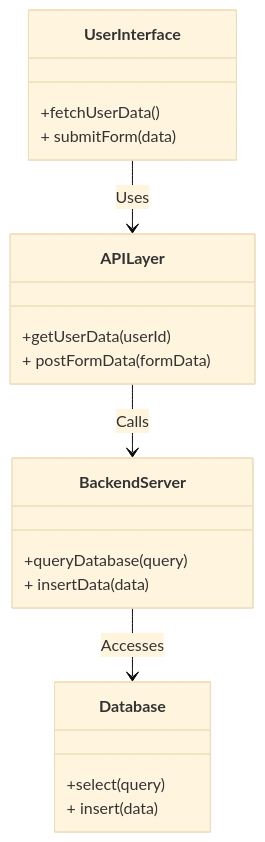
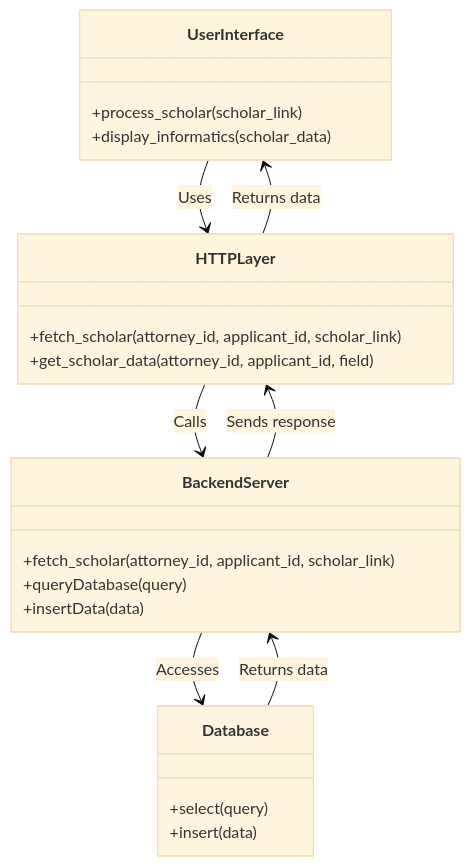
One commit to Orison-AI/orison_ai changed the diagram in api_diagram.md. Above: the diagram before and after it, drawn with Mermaid (base theme).

````diff
--- a/api_diagram.md
+++ b/api_diagram.md
@@ -1,26 +1,30 @@
 ```mermaid
 classDiagram
 class UserInterface {
-        +fetchUserData()
-    + submitForm(data)
+        +process_scholar(scholar_link)
+        +display_informatics(scholar_data)
     }
 
-class APILayer {
-        +getUserData(userId)
-    + postFormData(formData)
+class HTTPLayer {
+        +fetch_scholar(attorney_id, applicant_id, scholar_link)
+        +get_scholar_data(attorney_id, applicant_id, field)
     }
 
 class BackendServer {
+        +fetch_scholar(attorney_id, applicant_id, scholar_link)
         +queryDatabase(query)
-    + insertData(data)
+        +insertData(data)
     }
 
 class Database {
         +select(query)
-    + insert(data)
+        +insert(data)
     }
 
-UserInterface-- > APILayer: Uses
-APILayer-- > BackendServer: Calls
+UserInterface-- > HTTPLayer: Uses
+HTTPLayer-- > BackendServer: Calls
 BackendServer-- > Database: Accesses
+Database --> BackendServer: Returns data
+BackendServer --> HTTPLayer: Sends response
+HTTPLayer --> UserInterface: Returns data
 ```
````
